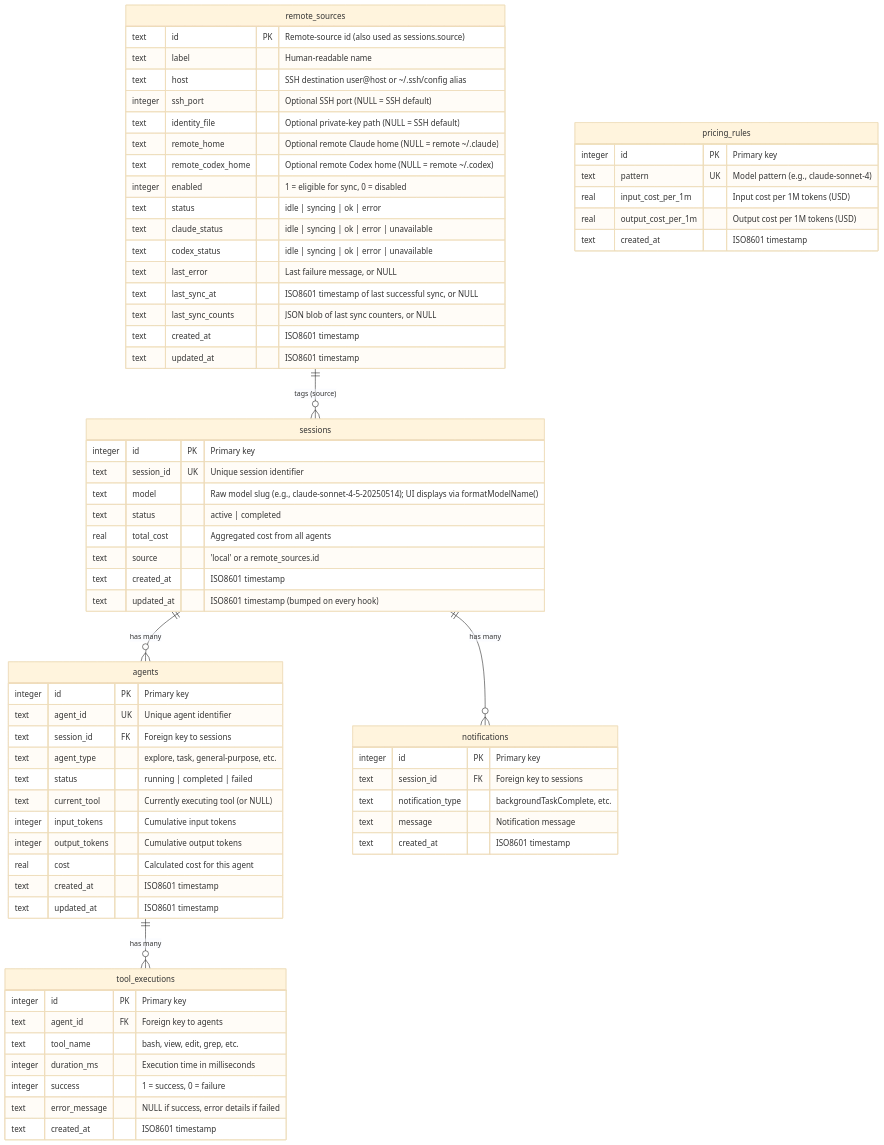
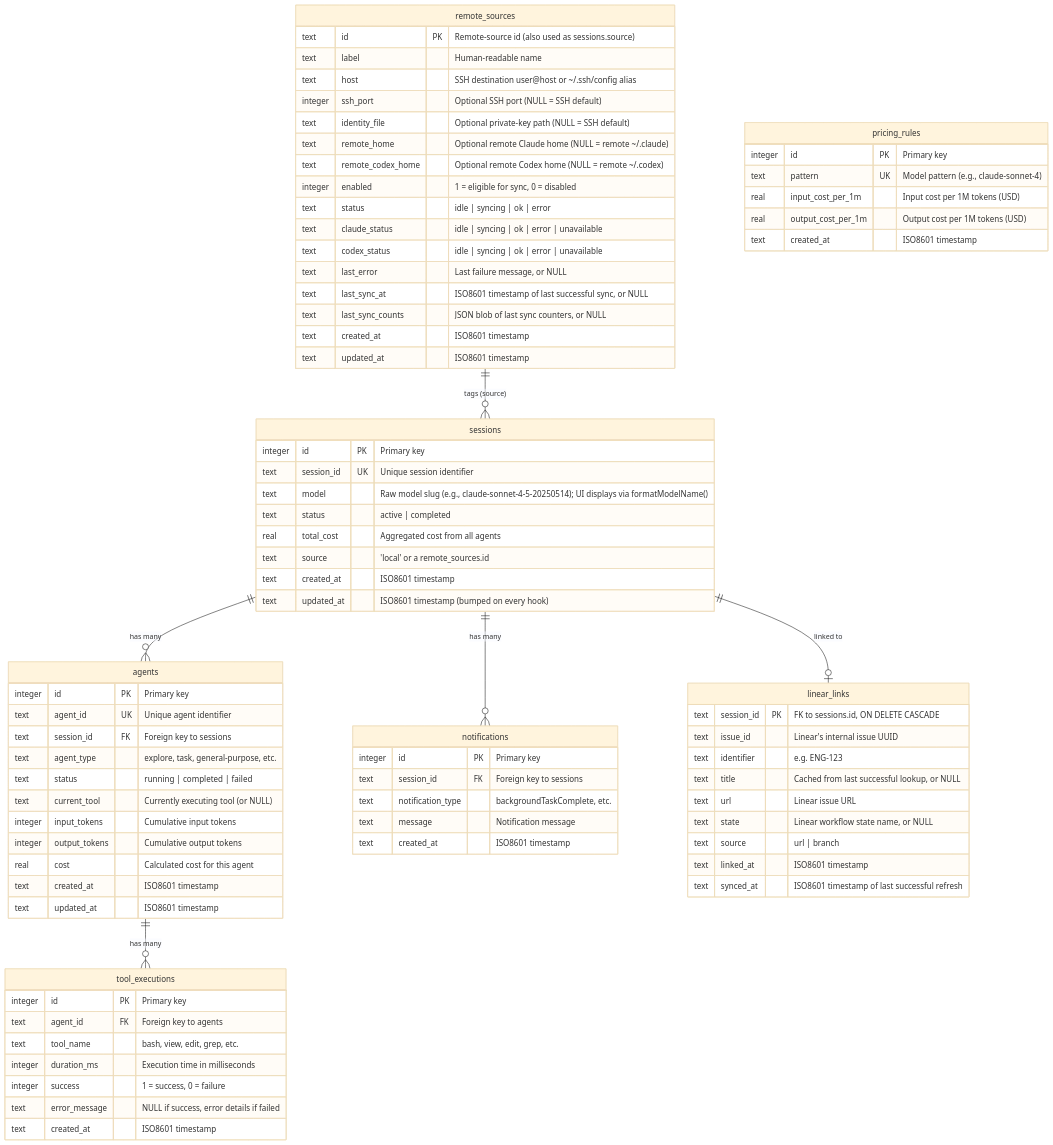
Before and after one commit to buluma/Code-Agent-Monitor: the second of 11 diagrams in docs/DATABASE.md, drawn with Mermaid (base theme). The commit also changed other lines of this file and 59 other files, not shown here.

````diff
--- a/docs/DATABASE.md
+++ b/docs/DATABASE.md
@@ -87,6 +87,7 @@
     agents ||--o{ tool_executions : "has many"
     sessions ||--o{ notifications : "has many"
     remote_sources ||--o{ sessions : "tags (source)"
+    sessions ||--o| linear_links : "linked to"
     
     sessions {
         integer id PK "Primary key"
@@ -157,4 +158,16 @@
         text created_at "ISO8601 timestamp"
         text updated_at "ISO8601 timestamp"
     }
+
+    linear_links {
+        text session_id PK "FK to sessions.id, ON DELETE CASCADE"
+        text issue_id "Linear's internal issue UUID"
+        text identifier "e.g. ENG-123"
+        text title "Cached from last successful lookup, or NULL"
+        text url "Linear issue URL"
+        text state "Linear workflow state name, or NULL"
+        text source "url | branch"
+        text linked_at "ISO8601 timestamp"
+        text synced_at "ISO8601 timestamp of last successful refresh"
+    }
 ```
````
